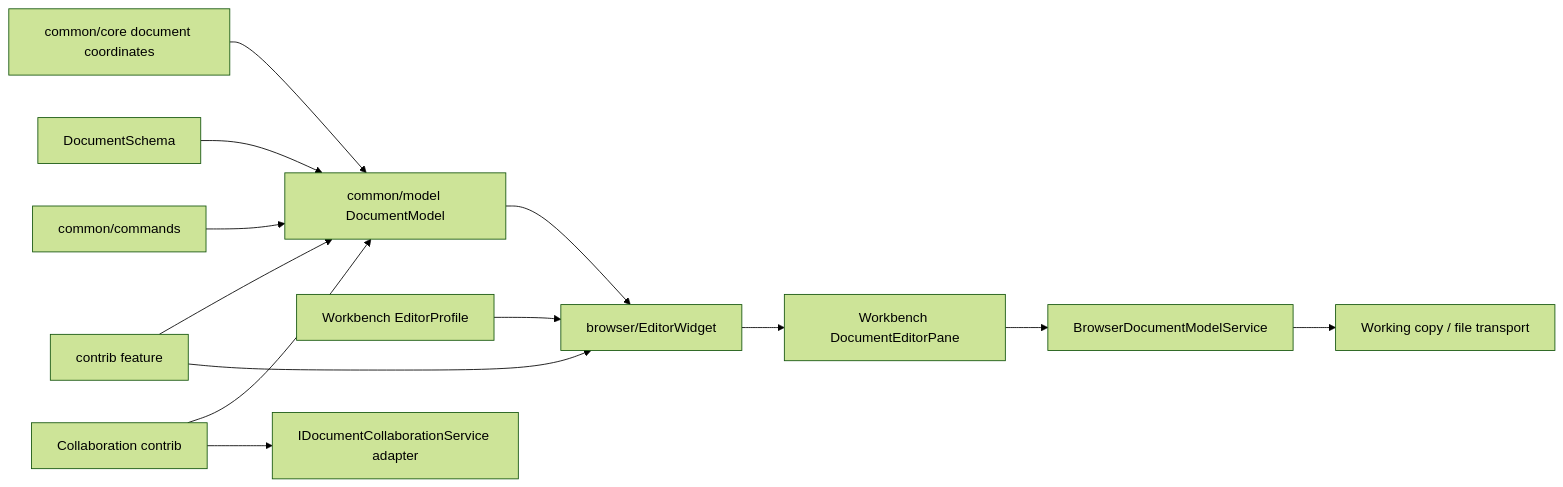
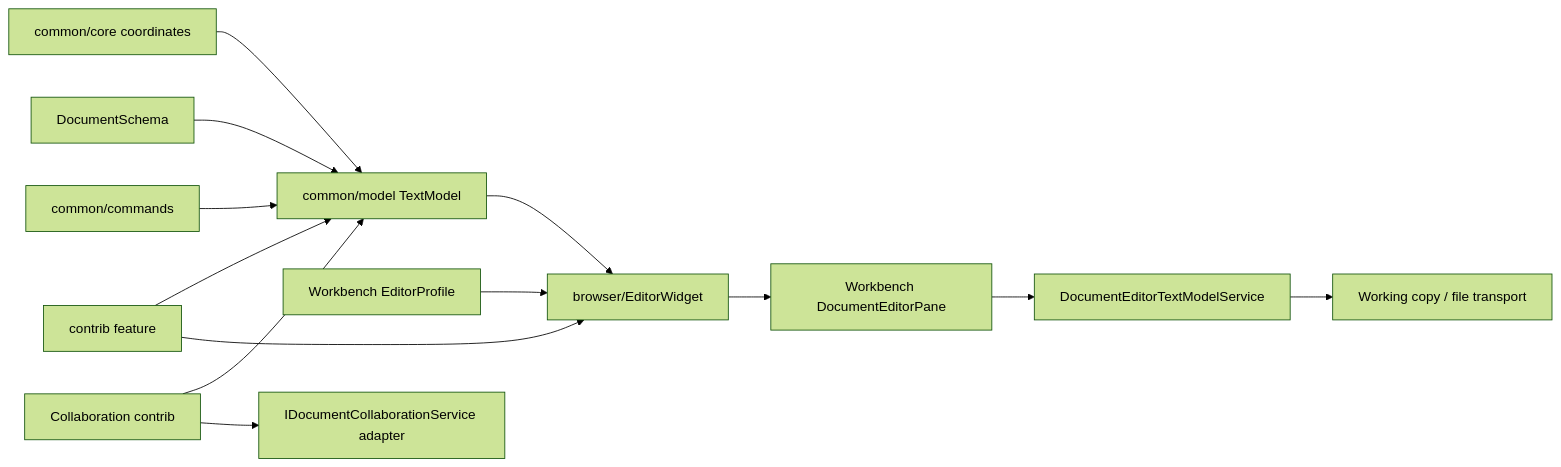
The first of 2 diagrams in zeta-ts/src/zeta/editor/document-engine.md (chogng/zeta), drawn with Mermaid (forest theme) before and after one commit. The commit also changed other lines of this file and 40 other files, not shown here.

````diff
--- a/zeta-ts/src/zeta/editor/document-engine.md
+++ b/zeta-ts/src/zeta/editor/document-engine.md
@@ -34,15 +34,15 @@
 ```mermaid
 flowchart LR
-    Core[common/core document coordinates] --> Model[common/model DocumentModel]
+    Core[common/core coordinates] --> Model[common/model TextModel]
     Schema[DocumentSchema] --> Model
     Commands[common/commands] --> Model
     Model --> Widget[browser/EditorWidget]
     Profile[Workbench EditorProfile] --> Widget
     Feature[contrib feature] --> Model
     Feature --> Widget
     Widget --> Pane[Workbench DocumentEditorPane]
-    Pane --> ModelService[BrowserDocumentModelService]
+    Pane --> ModelService[DocumentEditorTextModelService]
     ModelService --> Persistence[Working copy / file transport]
     Collaboration[Collaboration contrib] --> Model
     Collaboration --> Transport[IDocumentCollaborationService adapter]
 ```
````
